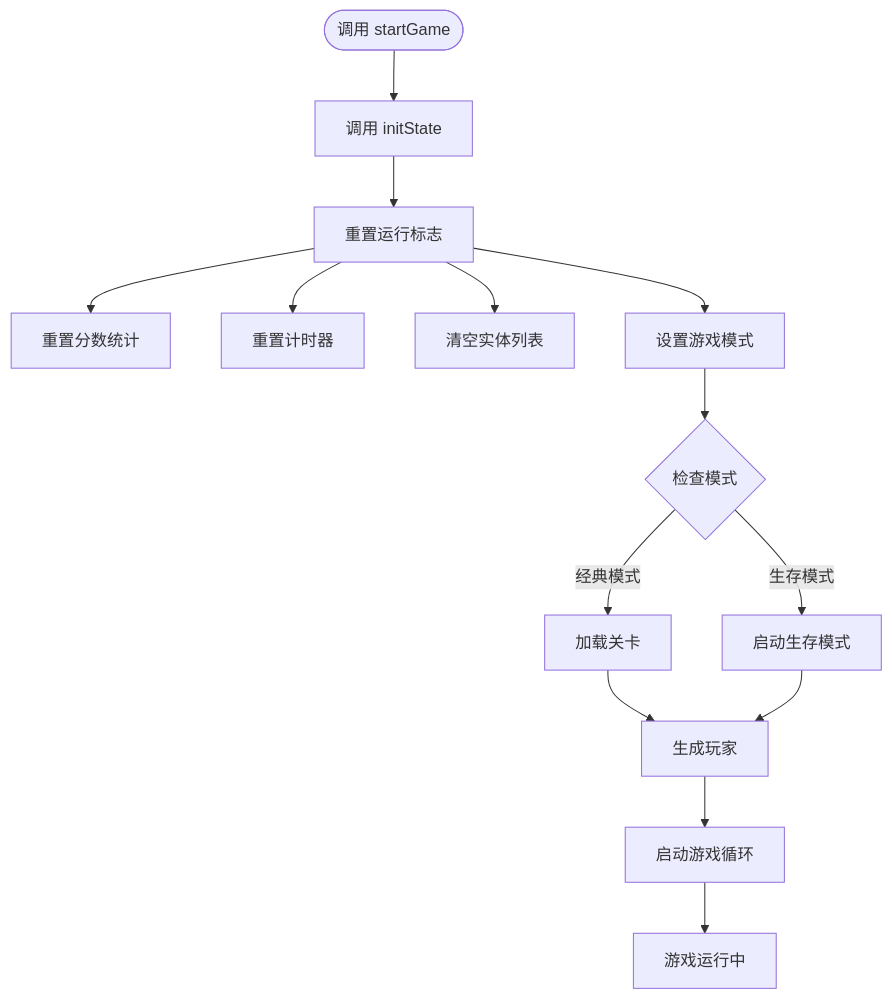
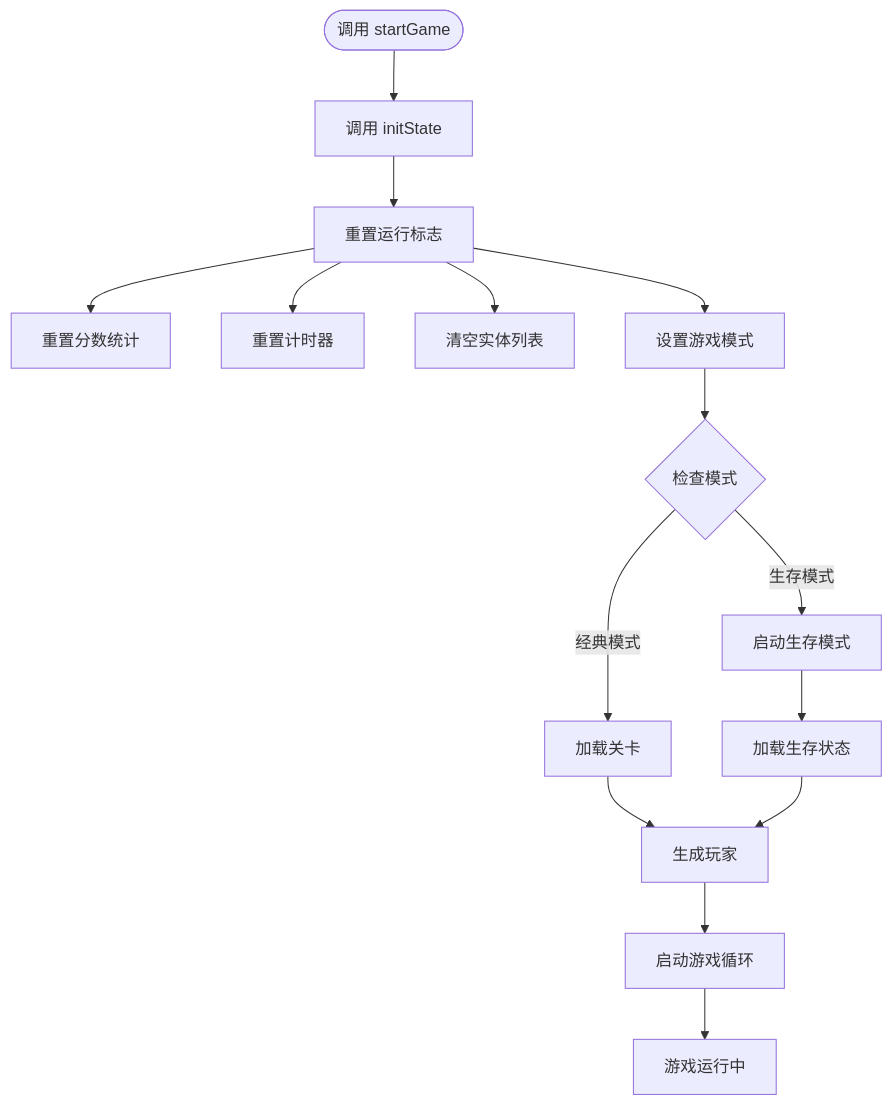
One commit to mrancc/reimagined-journey changed the fifth of 24 diagrams in .qoder/repowiki/zh/content/核心架构/游戏状态管理.md. Above: the diagram before and after it, drawn with Mermaid. The commit also changed other lines of this file and 11 other files, not shown here.

````diff
--- a/.qoder/repowiki/zh/content/核心架构/游戏状态管理.md
+++ b/.qoder/repowiki/zh/content/核心架构/游戏状态管理.md
@@ -315,16 +346,17 @@
 ```mermaid
 flowchart TD
 Start([调用 startGame]) --> InitState[调用 initState]
 InitState --> ResetFlags[重置运行标志]
 ResetFlags --> ResetScores[重置分数统计]
 ResetFlags --> ResetTimers[重置计时器]
 ResetFlags --> ResetEntities[清空实体列表]
 ResetFlags --> SetMode[设置游戏模式]
 SetMode --> ModeCheck{检查模式}
 ModeCheck --> |经典模式| LoadLevel[加载关卡]
 ModeCheck --> |生存模式| StartSurvival[启动生存模式]
 LoadLevel --> SpawnPlayer[生成玩家]
-StartSurvival --> SpawnPlayer
+StartSurvival --> LoadSurvivalState[加载生存状态]
+LoadSurvivalState --> SpawnPlayer
 SpawnPlayer --> StartLoop[启动游戏循环]
 StartLoop --> Running[游戏运行中]
 ```
````
